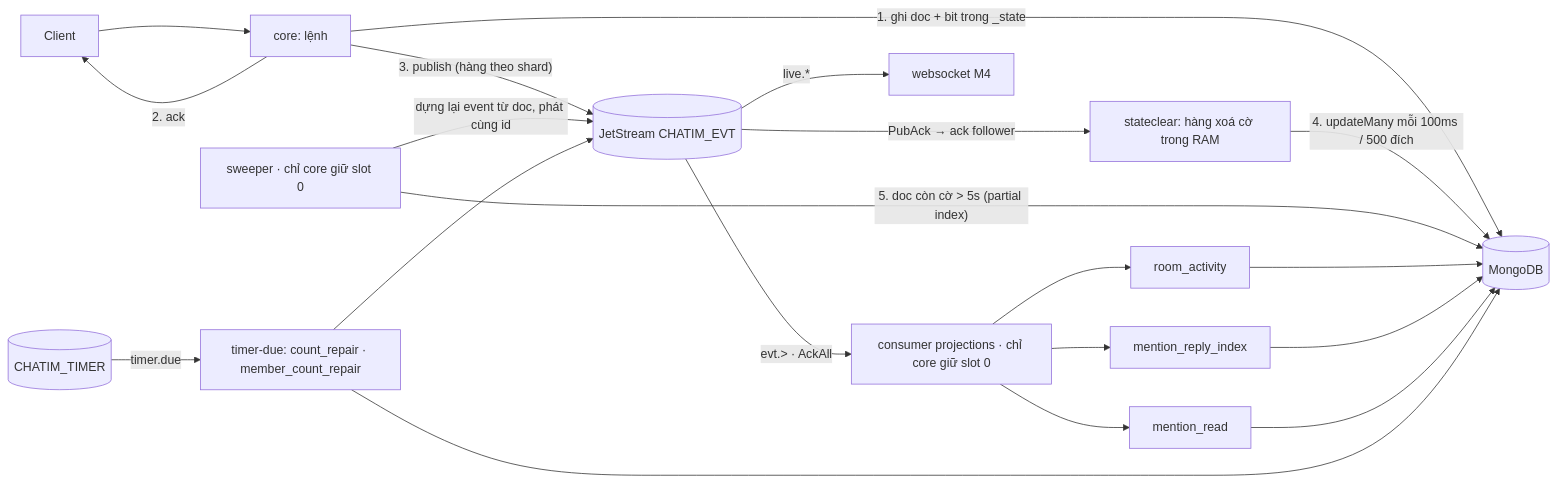
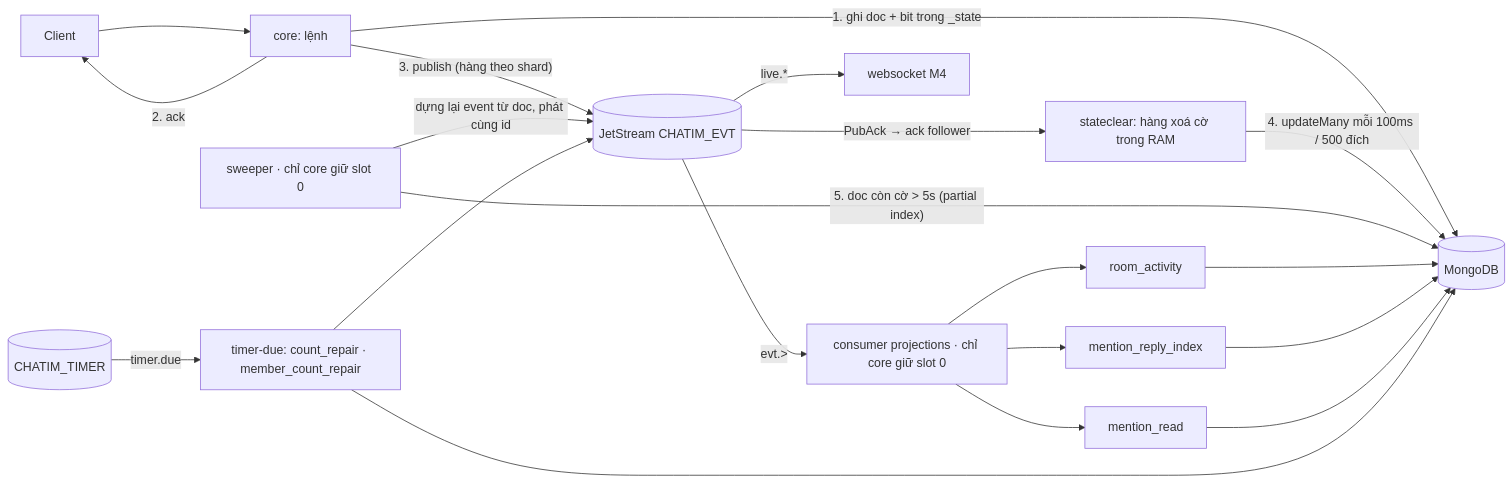
Before and after one commit to ivannguyendev/chatim: the first of 2 diagrams in docs/modules/10-feature-data-reconciliation-and-repair.md, drawn with Mermaid. The commit also changed other lines of this file and 25 other files, not shown here.

First line of the commit message:
refactor(core): ack projection events one by one

````diff
--- a/docs/modules/10-feature-data-reconciliation-and-repair.md
+++ b/docs/modules/10-feature-data-reconciliation-and-repair.md
@@ -25,18 +25,18 @@
 ```mermaid
 flowchart LR
   C[Client] --> G[core: lệnh]
   G -- "1. ghi doc + bit trong _state" --> DB[(MongoDB)]
   G -- "2. ack" --> C
   G -- "3. publish (hàng theo shard)" --> EVT[(JetStream CHATIM_EVT)]
   EVT -- "PubAck → ack follower" --> Q[stateclear: hàng xoá cờ trong RAM]
   Q -- "4. updateMany mỗi 100ms / 500 đích" --> DB
   S[sweeper · chỉ core giữ slot 0] -- "5. doc còn cờ > 5s (partial index)" --> DB
   S -- "dựng lại event từ doc, phát cùng id" --> EVT
-  EVT -- "evt.> · AckAll" --> P[consumer projections · chỉ core giữ slot 0]
+  EVT -- "evt.>" --> P[consumer projections · chỉ core giữ slot 0]
   P --> P1[room_activity] & P2[mention_reply_index] & P3[mention_read]
   P1 & P2 & P3 --> DB
   EVT -- "live.*" --> W[websocket M4]
   T[(CHATIM_TIMER)] -- timer.due --> R[timer-due: count_repair · member_count_repair]
   R --> DB
   R --> EVT
 ```
````
